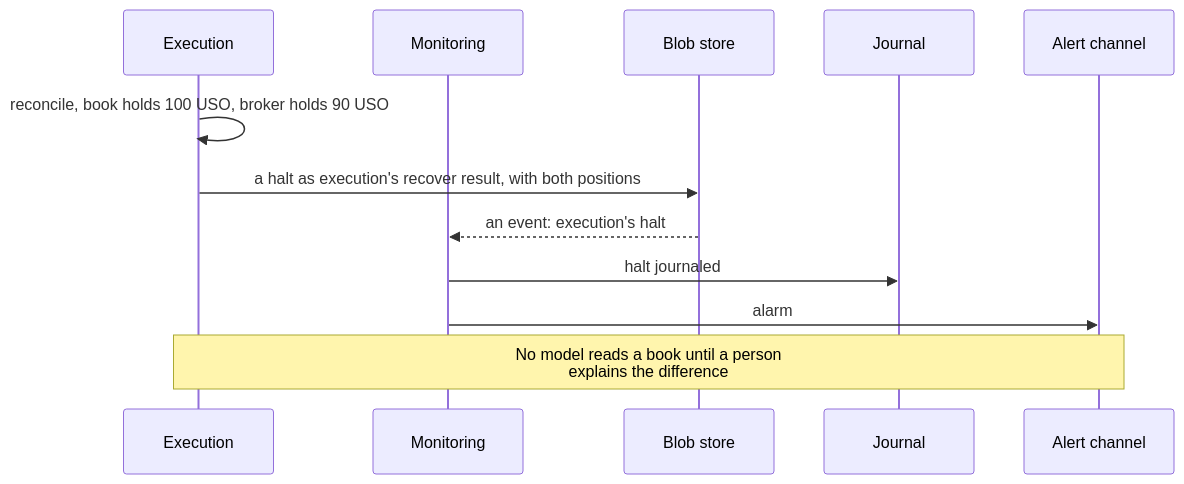
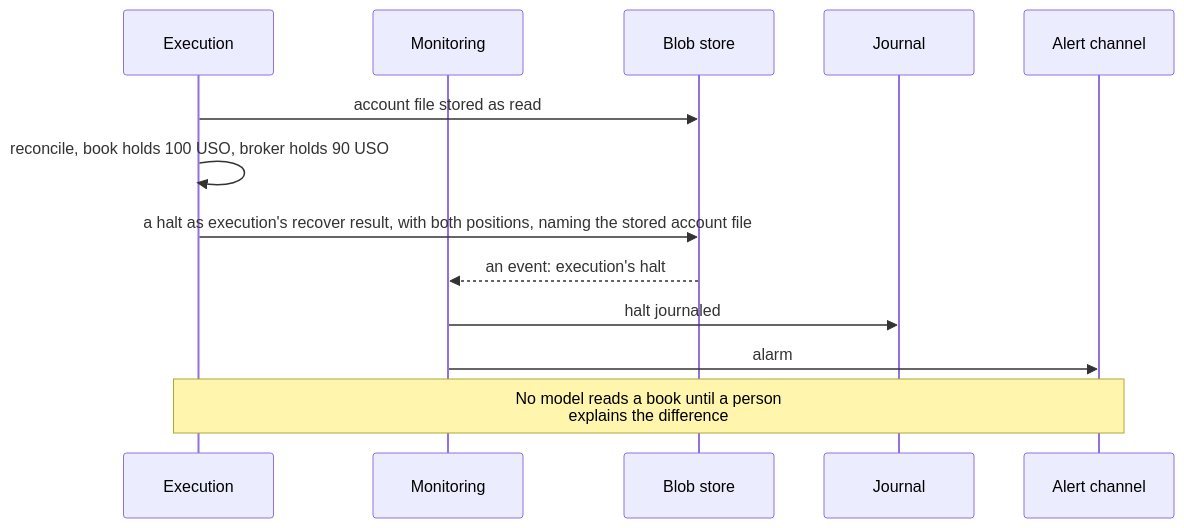
One commit to l3a0/ithildin-runtime changed diagram 17 of 25 in docs/architecture.md. Above: the diagram before and after it, drawn with Mermaid. The commit also changed other lines of this file and 3 other files, not shown here.

````diff
--- a/docs/architecture.md
+++ b/docs/architecture.md
@@ -1091,15 +1093,16 @@
 ```mermaid
 sequenceDiagram
     participant X as Execution
     participant M as Monitoring
     participant F as Blob store
     participant J as Journal
     participant L as Alert channel
 
+    X->>F: account file stored as read
     X->>X: reconcile, book holds 100 USO, broker holds 90 USO
-    X->>F: a halt as execution's recover result, with both positions
+    X->>F: a halt as execution's recover result, with both positions, naming the stored account file
     F-->>M: an event: execution's halt
     M->>J: halt journaled
     M->>L: alarm
     Note over X,L: No model reads a book until a person<br/>explains the difference
 ```
````
